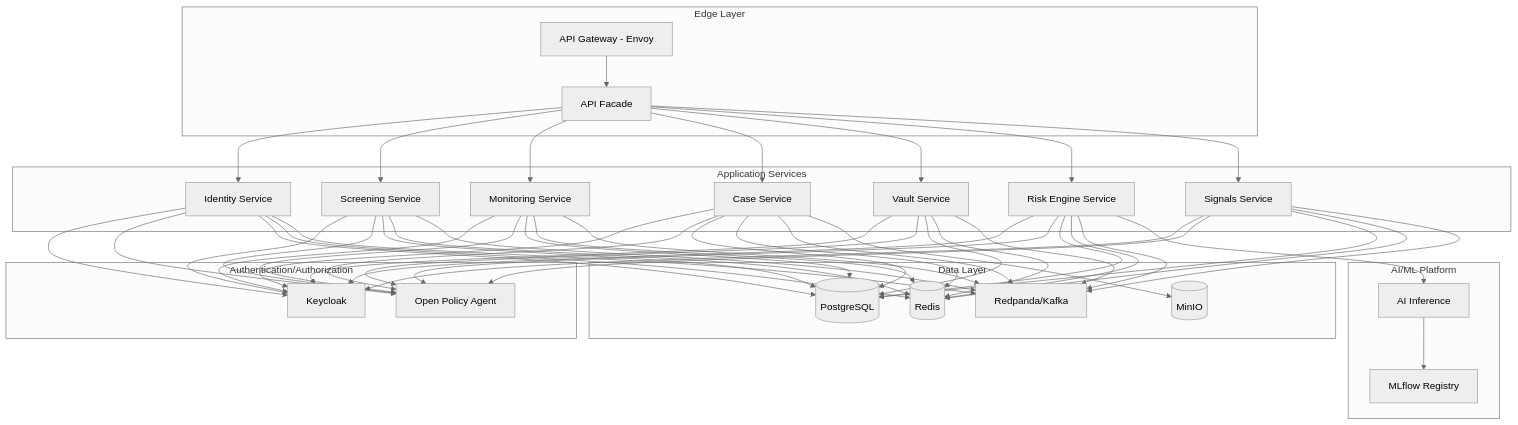
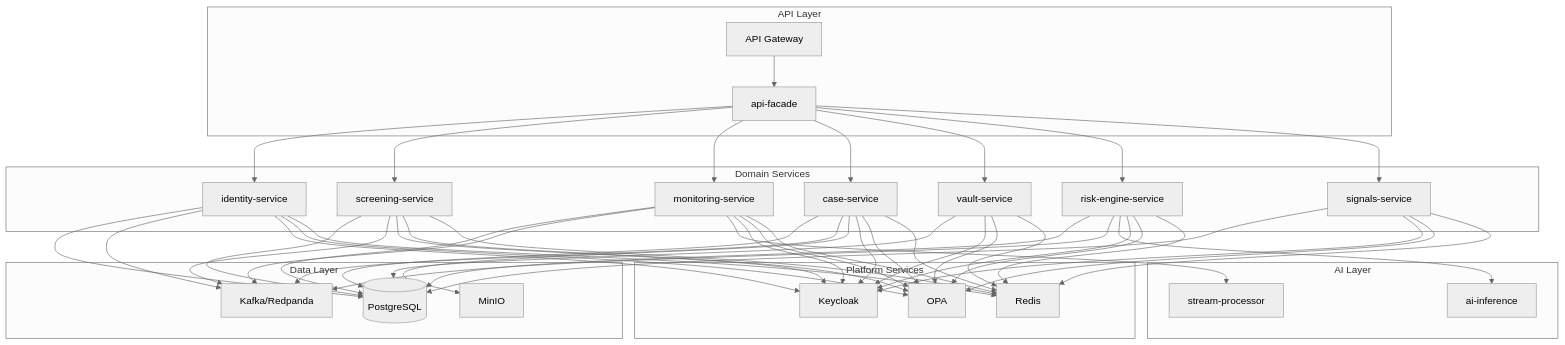
Before and after one commit to olaflaitinen/Hafnium: the second of 5 diagrams in docs/architecture/backend.md, drawn with Mermaid (neutral theme). The commit also changed other lines of this file and 153 other files, not shown here.

````diff
--- a/docs/architecture/backend.md
+++ b/docs/architecture/backend.md
@@ -9,47 +34,47 @@
 ```mermaid
-flowchart TB
-    subgraph Edge["Edge Layer"]
-        AG[API Gateway - Envoy]
-        AF[API Facade]
+graph TB
+    subgraph "API Layer"
+        GW[API Gateway]
+        AF[api-facade]
     end
-
-    subgraph Auth["Authentication/Authorization"]
+    
+    subgraph "Domain Services"
+        IS[identity-service]
+        SS[screening-service]
+        MS[monitoring-service]
+        CS[case-service]
+        VS[vault-service]
+        RS[risk-engine-service]
+        SG[signals-service]
+    end
+    
+    subgraph "Platform Services"
         KC[Keycloak]
-        OPA[Open Policy Agent]
+        OPA[OPA]
+        RD[Redis]
     end
-
-    subgraph Services["Application Services"]
-        IS[Identity Service]
-        SS[Screening Service]
-        MS[Monitoring Service]
-        CS[Case Service]
-        VS[Vault Service]
-        RS[Risk Engine Service]
-        SG[Signals Service]
+    
+    subgraph "Data Layer"
+        PG[(PostgreSQL)]
+        KF[Kafka/Redpanda]
+        MN[MinIO]
     end
-
-    subgraph Data["Data Layer"]
-        PG[(PostgreSQL)]
-        RD[(Redis)]
-        RP[Redpanda/Kafka]
-        MO[(MinIO)]
+    
+    subgraph "AI Layer"
+        AI[ai-inference]
+        SP[stream-processor]
     end
-
-    subgraph ML["AI/ML Platform"]
-        AI[AI Inference]
-        MF[MLflow Registry]
-    end
-
-    AG --> AF
+    
+    GW --> AF
     AF --> IS & SS & MS & CS & VS & RS & SG
-
+    
+    IS & SS & MS & CS & VS & RS & SG --> PG
+    IS & SS & MS & CS & RS --> KF
+    CS --> MN
+    RS --> AI
+    MS --> SP
+    
     IS & SS & MS & CS & VS & RS & SG --> KC
     IS & SS & MS & CS & VS & RS & SG --> OPA
-    IS & SS & MS & CS & VS & RS & SG --> PG
     IS & SS & MS & CS & VS & RS & SG --> RD
-    IS & SS & MS & CS & VS & RS & SG --> RP
-
-    CS --> MO
-    RS --> AI
-    AI --> MF
 ```
````
